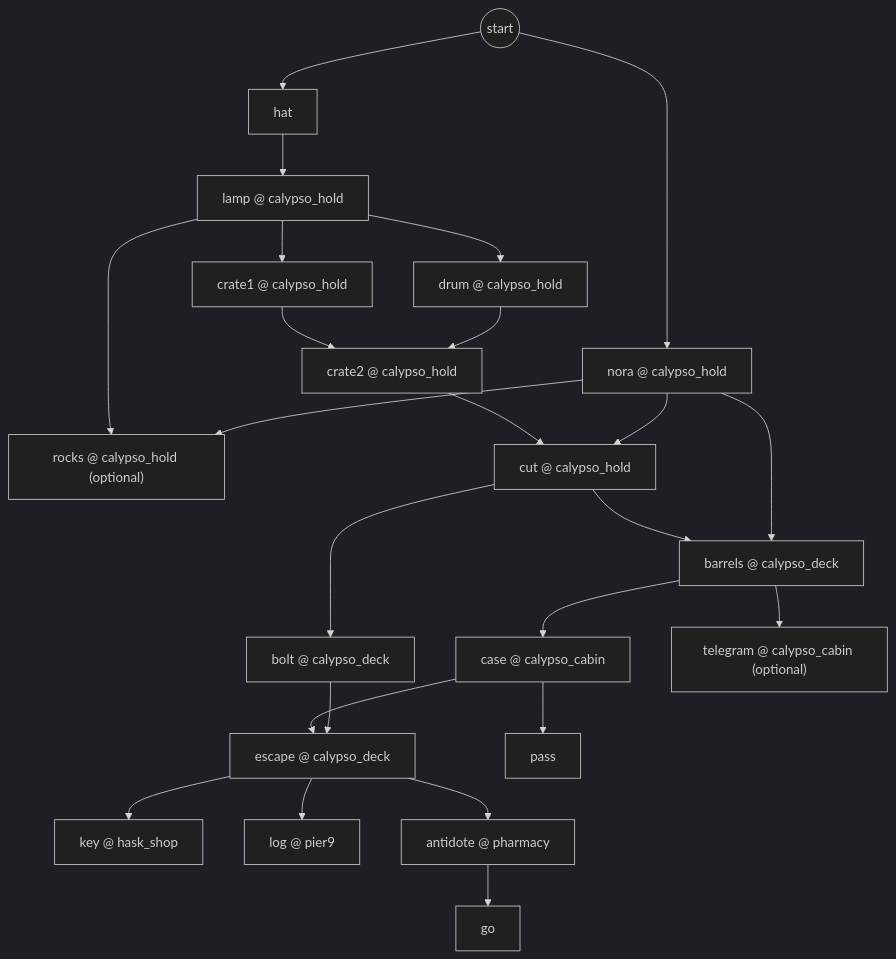
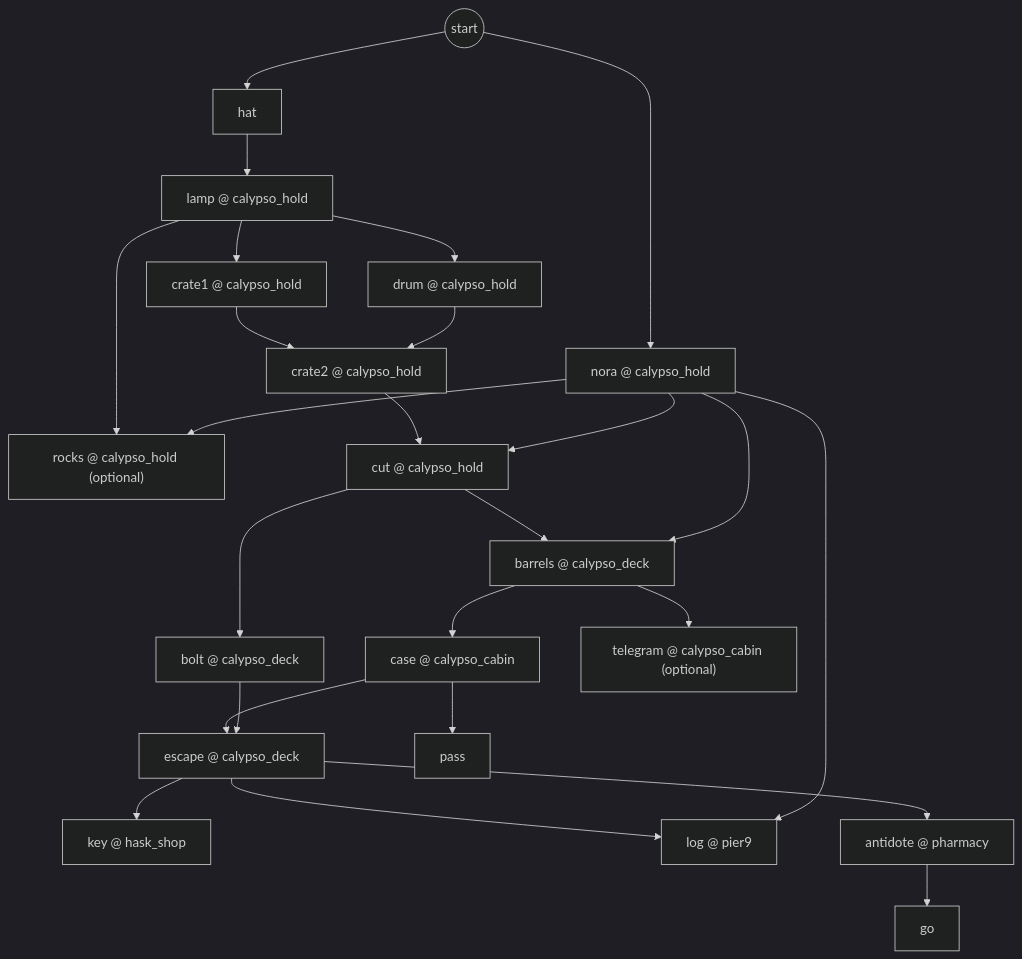
One commit to GasPhil1968/kolo-srece changed the seventh of 8 diagrams in nightlatch/docs/PUZZLE_GRAPH.md. Above: the diagram before and after it, drawn with Mermaid (dark theme). The commit also changed other lines of this file and 11 other files, not shown here.

````diff
--- a/nightlatch/docs/PUZZLE_GRAPH.md
+++ b/nightlatch/docs/PUZZLE_GRAPH.md
@@ -467,45 +467,46 @@
 ```mermaid
 flowchart TD
   start7((start))
   c7_hat["hat"]
   c7_lamp["lamp @ calypso_hold"]
   c7_nora["nora @ calypso_hold"]
   c7_crate1["crate1 @ calypso_hold"]
   c7_drum["drum @ calypso_hold"]
   c7_crate2["crate2 @ calypso_hold"]
   c7_rocks["rocks @ calypso_hold (optional)"]
   c7_cut["cut @ calypso_hold"]
   c7_bolt["bolt @ calypso_deck"]
   c7_barrels["barrels @ calypso_deck"]
   c7_case["case @ calypso_cabin"]
   c7_telegram["telegram @ calypso_cabin (optional)"]
   c7_escape["escape @ calypso_deck"]
   c7_key["key @ hask_shop"]
   c7_pass["pass"]
   c7_log["log @ pier9"]
   c7_antidote["antidote @ pharmacy"]
   c7_go["go"]
   start7 --> c7_hat
   c7_hat --> c7_lamp
   start7 --> c7_nora
   c7_lamp --> c7_crate1
   c7_lamp --> c7_drum
   c7_crate1 --> c7_crate2
   c7_drum --> c7_crate2
   c7_lamp --> c7_rocks
   c7_nora --> c7_rocks
   c7_crate2 --> c7_cut
   c7_nora --> c7_cut
   c7_cut --> c7_bolt
   c7_cut --> c7_barrels
   c7_nora --> c7_barrels
   c7_barrels --> c7_case
   c7_barrels --> c7_telegram
   c7_case --> c7_escape
   c7_bolt --> c7_escape
   c7_escape --> c7_key
   c7_case --> c7_pass
   c7_escape --> c7_log
+  c7_nora --> c7_log
   c7_escape --> c7_antidote
   c7_antidote --> c7_go
 ```
````
